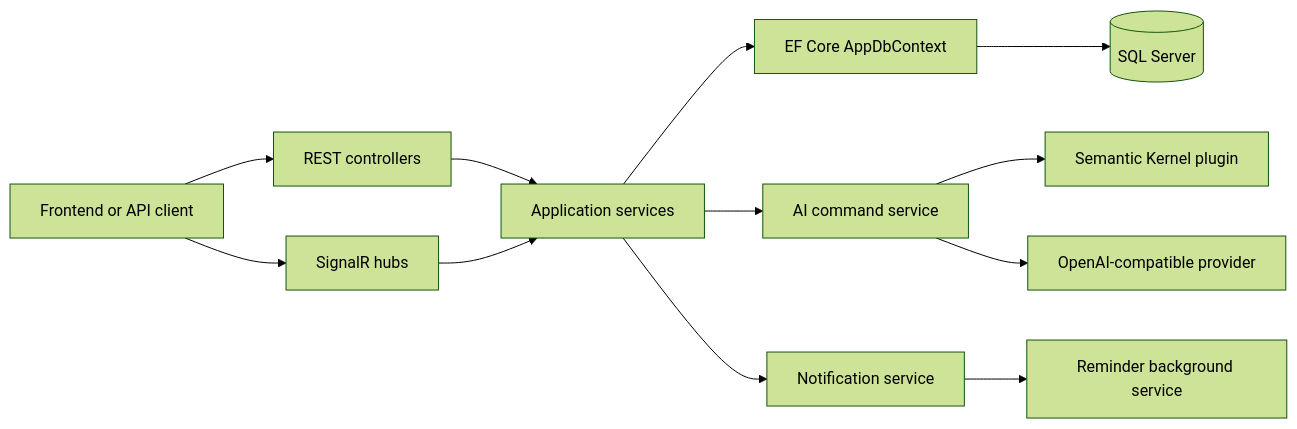
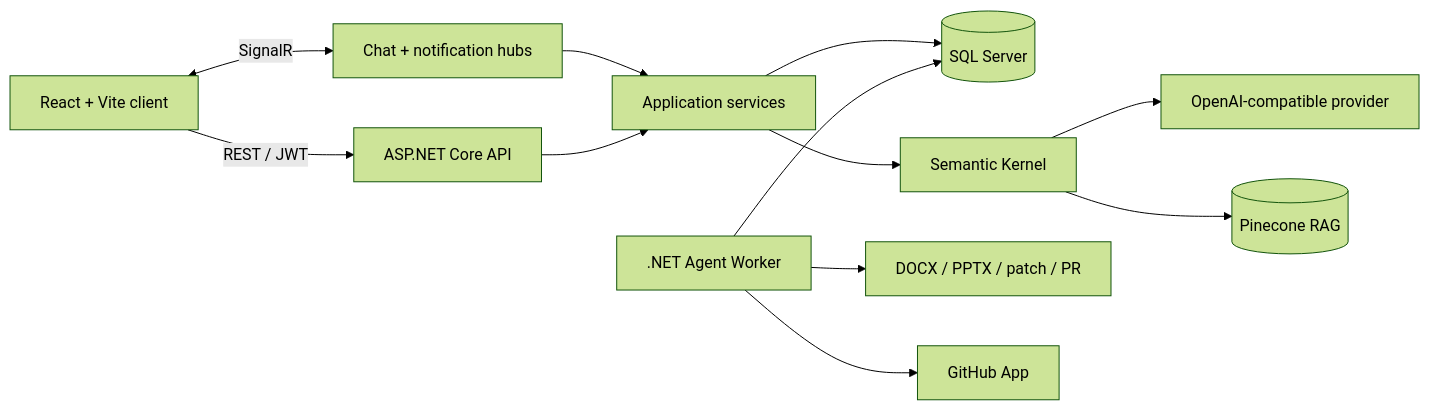
Before and after one commit to WalterCQ/SWE310-FinalProject: the diagram in README.md, drawn with Mermaid (forest theme). The commit also changed other lines of this file and 4 other files, not shown here.

````diff
--- a/README.md
+++ b/README.md
@@ -96,14 +67,16 @@
 ```mermaid
 flowchart LR
-    Client[Frontend or API client] --> Controllers[REST controllers]
-    Client --> Hubs[SignalR hubs]
-    Controllers --> Services[Application services]
-    Hubs --> Services
-    Services --> DbContext[EF Core AppDbContext]
-    DbContext --> SqlServer[(SQL Server)]
-    Services --> AiService[AI command service]
-    AiService --> SemanticKernel[Semantic Kernel plugin]
-    AiService --> Llm[OpenAI-compatible provider]
-    Services --> Notifications[Notification service]
-    Notifications --> ReminderWorker[Reminder background service]
+    UI[React + Vite client] -->|REST / JWT| API[ASP.NET Core API]
+    UI <-->|SignalR| HUBS[Chat + notification hubs]
+    HUBS --> SVC[Application services]
+    API --> SVC
+    SVC --> DB[(SQL Server)]
+
+    SVC --> AI[Semantic Kernel]
+    AI --> LLM[OpenAI-compatible provider]
+    AI --> VECTOR[(Pinecone RAG)]
+
+    WORKER[.NET Agent Worker] --> DB
+    WORKER --> ARTIFACTS[DOCX / PPTX / patch / PR]
+    WORKER --> GITHUB[GitHub App]
 ```
````
